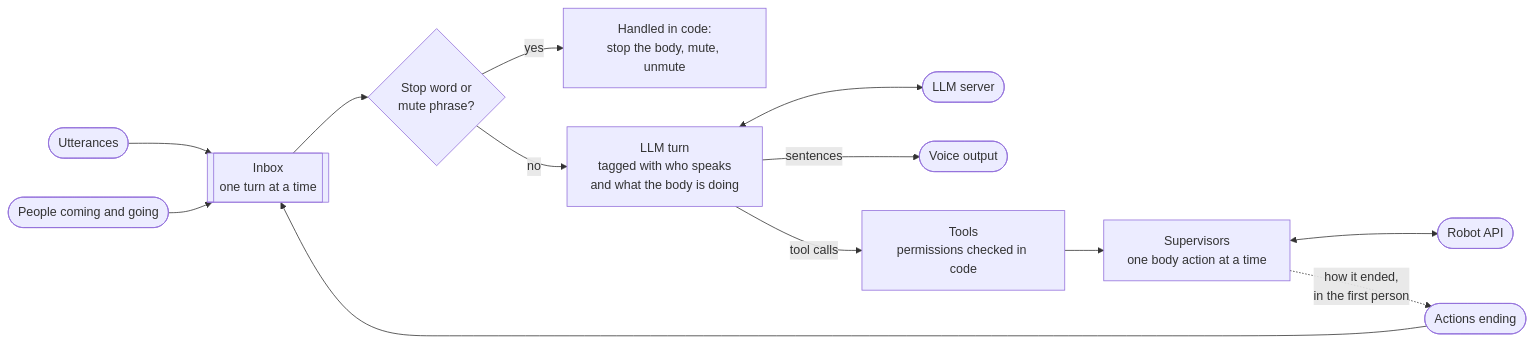
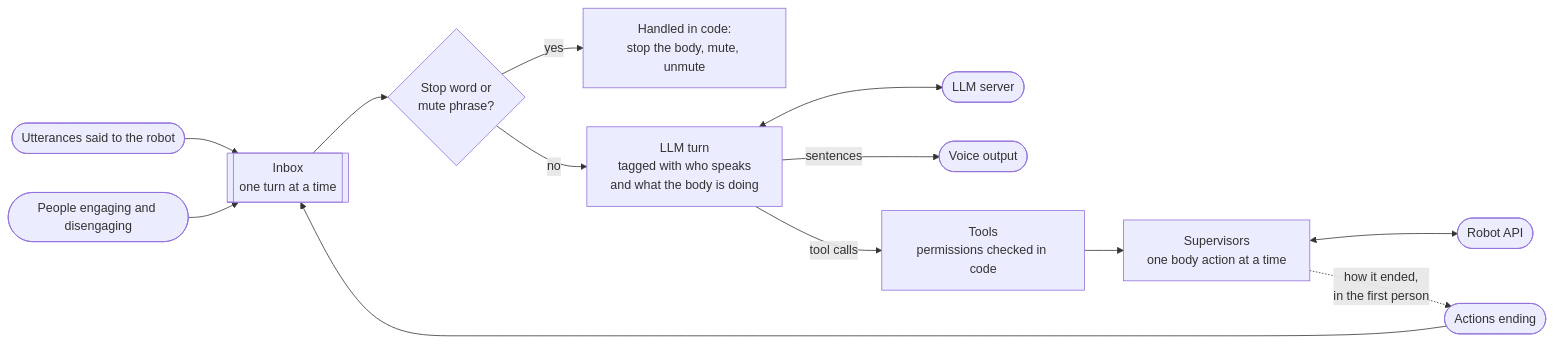
One commit to lokiledev/robot-voice-agent changed the sixth of 9 diagrams in docs/ARCHITECTURE.md. Above: the diagram before and after it, drawn with Mermaid. The commit also changed other lines of this file and 34 other files, not shown here.

First line of the commit message:
Greet on engagement, hear only what is said to the robot, stop for a lost listener

````diff
--- a/docs/ARCHITECTURE.md
+++ b/docs/ARCHITECTURE.md
@@ -403,15 +425,15 @@
 ```mermaid
 flowchart LR
-    utt([Utterances]) --> inbox
-    faces([People coming and going]) --> inbox
+    utt([Utterances said to the robot]) --> inbox
+    faces([People engaging and disengaging]) --> inbox
     ends([Actions ending]) --> inbox
     inbox[["Inbox<br/>one turn at a time"]] --> fixed{"Stop word or<br/>mute phrase?"}
     fixed -- "yes" --> code["Handled in code:<br/>stop the body, mute, unmute"]
     fixed -- "no" --> turn["LLM turn<br/>tagged with who speaks<br/>and what the body is doing"]
     turn <--> llm([LLM server])
     turn -- "sentences" --> speech([Voice output])
     turn -- "tool calls" --> tools["Tools<br/>permissions checked in code"]
     tools --> sup["Supervisors<br/>one body action at a time"]
     sup <--> robot([Robot API])
     sup -. "how it ended,<br/>in the first person" .-> ends
 ```
````
